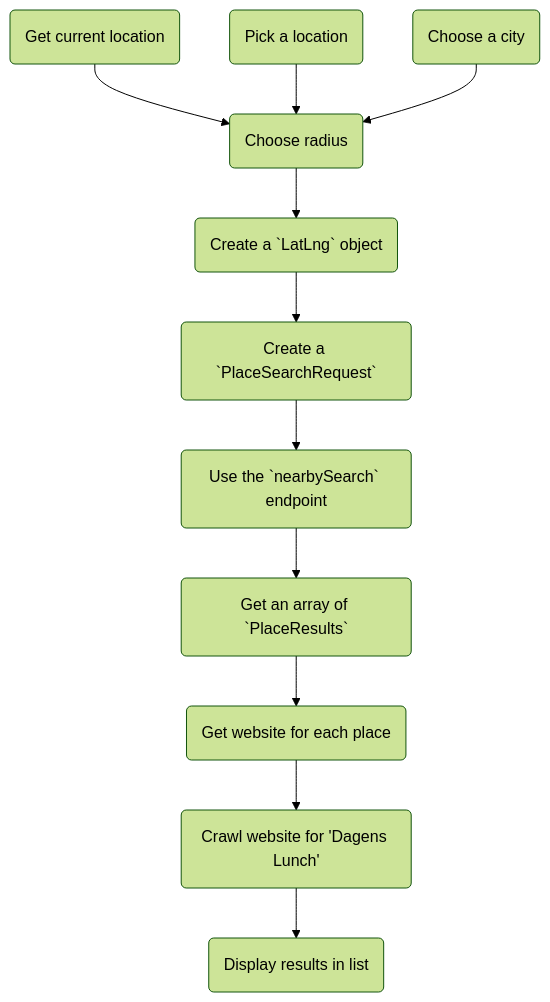
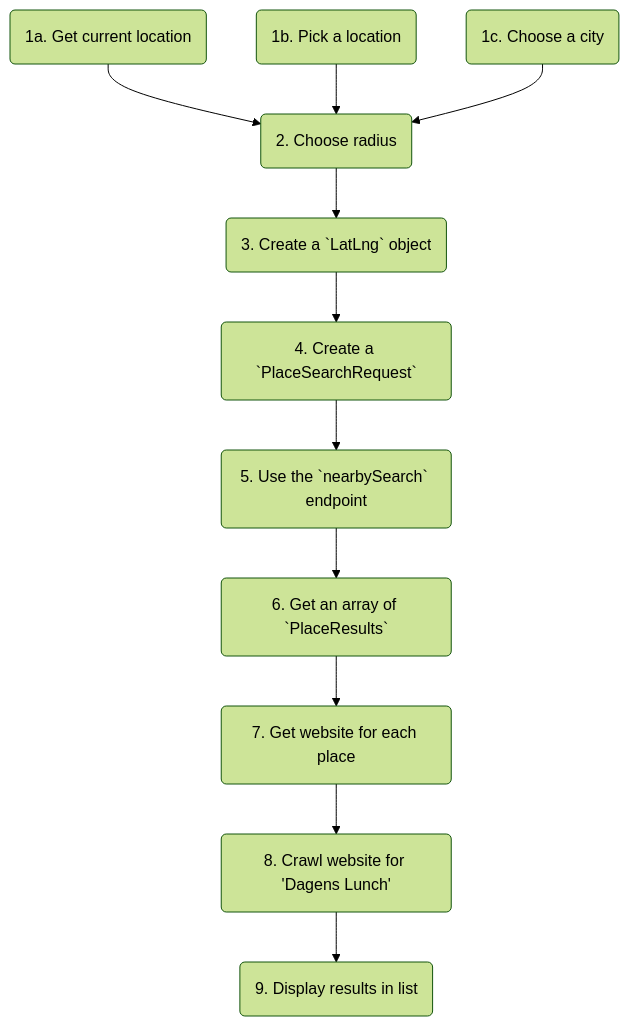
The diagram in README.md (OscarBennich/website-project-idea), drawn with Mermaid (forest theme) before and after one commit.

````diff
--- a/README.md
+++ b/README.md
@@ -81,14 +81,14 @@
 ```mermaid
 flowchart TB
-  1a(Get current location)
-  1b(Pick a location)
-  1c(Choose a city)
-  1a & 1b & 1c --> 2(Choose radius)
-  2 --> 3(Create a `LatLng` object)
-  3 --> 4(Create a `PlaceSearchRequest`)
-  4 --> 5(Use the `nearbySearch` endpoint)
-  5 --> 6(Get an array of `PlaceResults`)
-  6 --> 7(Get website for each place)
-  7 --> 8(Crawl website for 'Dagens Lunch')
-  8 --> 9(Display results in list)
+  1a(1a. Get current location)
+  1b(1b. Pick a location)
+  1c(1c. Choose a city)
+  1a & 1b & 1c --> 2(2. Choose radius)
+  2 --> 3(3. Create a `LatLng` object)
+  3 --> 4(4. Create a `PlaceSearchRequest`)
+  4 --> 5(5. Use the `nearbySearch` endpoint)
+  5 --> 6(6. Get an array of `PlaceResults`)
+  6 --> 7(7. Get website for each place)
+  7 --> 8(8. Crawl website for 'Dagens Lunch')
+  8 --> 9(9. Display results in list)
 ```
````
